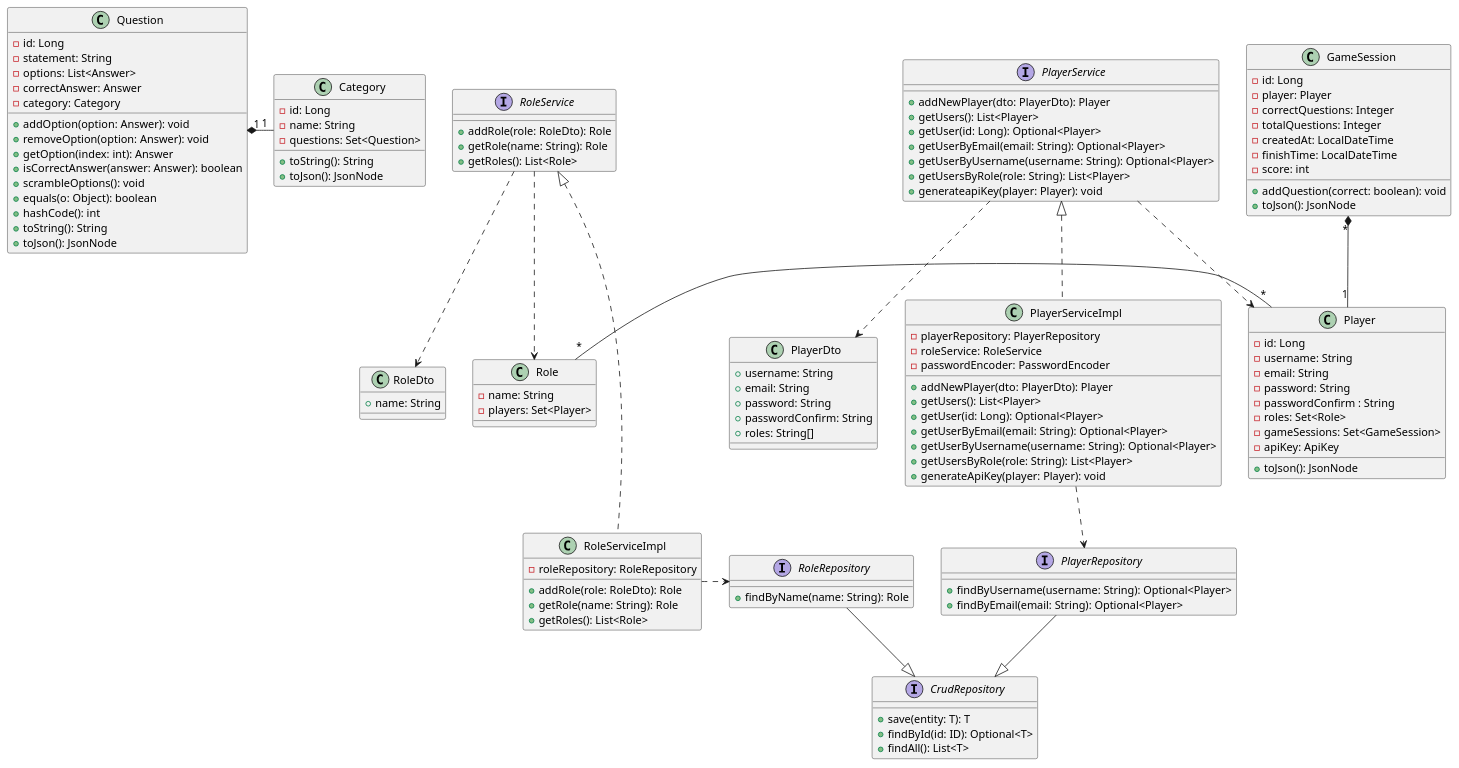
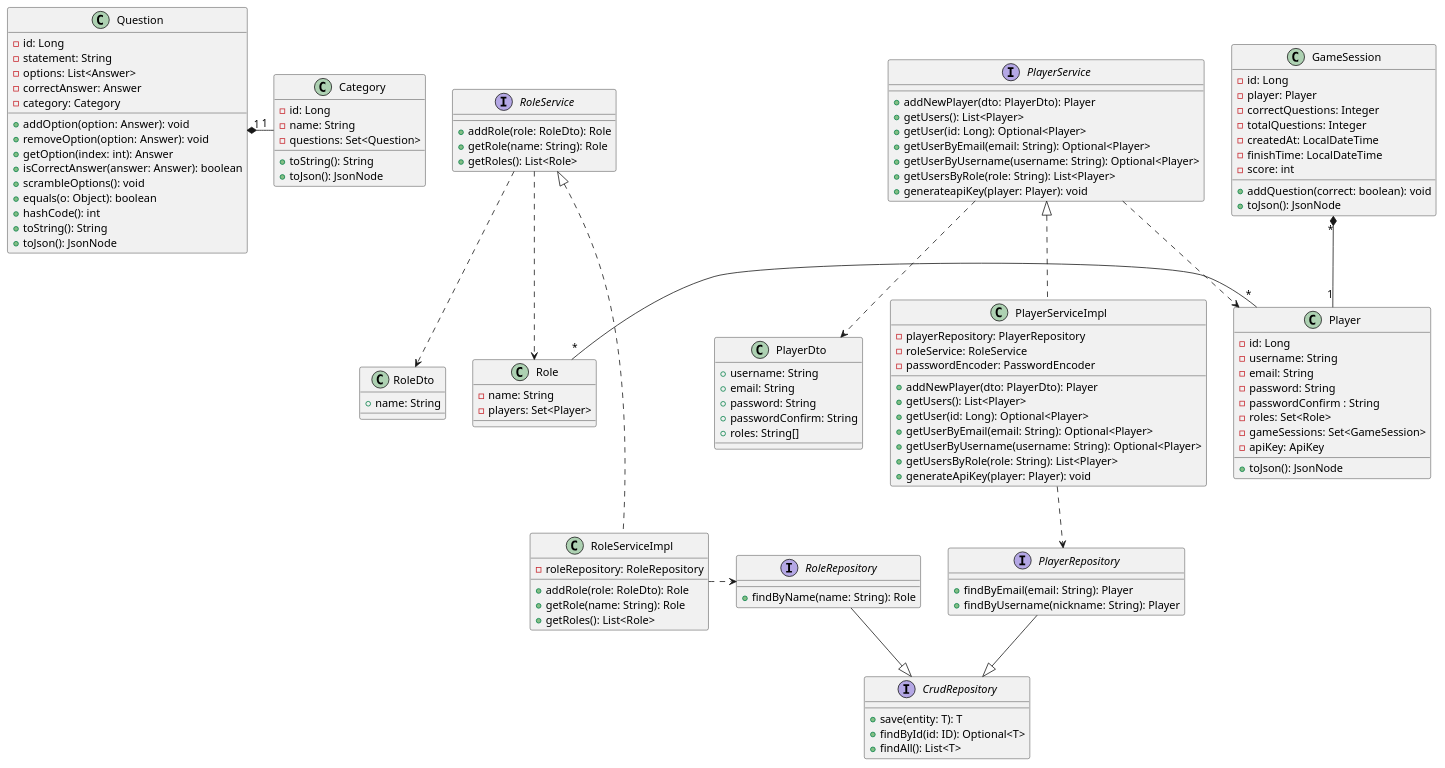
The first of 2 diagrams in docs/src/08_concepts.adoc (Arquisoft/wiq_es04b), drawn with PlantUML before and after one commit.

Commit message:
PlayerRepository actualizado

```diff
--- a/docs/src/08_concepts.adoc
+++ b/docs/src/08_concepts.adoc
@@ -110,8 +110,8 @@
 }
 
 interface PlayerRepository {
-    + findByUsername(username: String): Optional<Player>
-    + findByEmail(email: String): Optional<Player>
+    + findByEmail(email: String): Player
+    + findByUsername(nickname: String): Player
 }
 
 interface RoleRepository {
```
